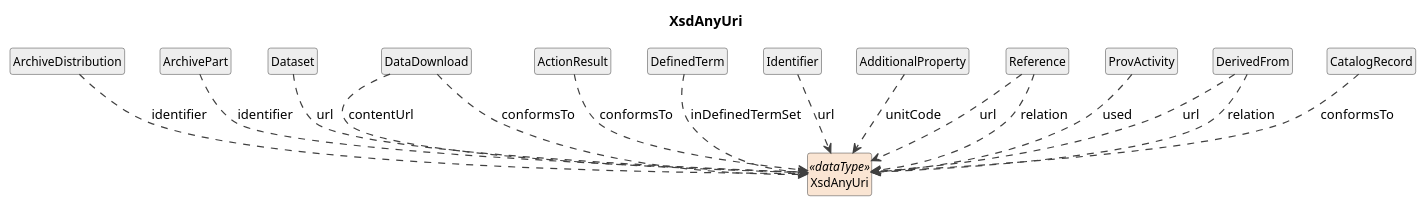
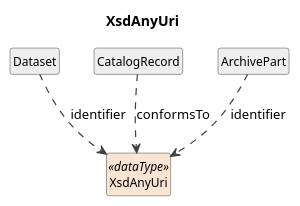
Before and after one commit to Cross-Domain-Interoperability-Framework/metadataBuildingBlocks: the diagram in cdif-uml-model/CDIFArchiveDistribution/DataTypes/XsdAnyUri.pu, drawn with PlantUML. The commit also changed 142 other files, not shown here.

First line of the commit message:
cdif-uml-model: regenerated CDIFArchiveDistribution (focused overview)

```diff
--- a/cdif-uml-model/CDIFArchiveDistribution/DataTypes/XsdAnyUri.pu
+++ b/cdif-uml-model/CDIFArchiveDistribution/DataTypes/XsdAnyUri.pu
@@ -1,42 +1,21 @@
 @startuml
 title XsdAnyUri
 hide circle
 hide empty members
 skinparam shadowing false
 skinparam ArrowThickness 1.2
 skinparam class {
   ArrowColor #404040
   BorderColor #404040
   FontSize 12
 }
 
 class "XsdAnyUri" as XsdAnyUri <<dataType>> #FAE5D3
-class "ArchiveDistribution" as ArchiveDistribution #EEEEEE
-ArchiveDistribution ..> XsdAnyUri : identifier
+class "Dataset" as Dataset #EEEEEE
+Dataset ..> XsdAnyUri : identifier
+class "CatalogRecord" as CatalogRecord #EEEEEE
+CatalogRecord ..> XsdAnyUri : conformsTo
 class "ArchivePart" as ArchivePart #EEEEEE
 ArchivePart ..> XsdAnyUri : identifier
-class "Dataset" as Dataset #EEEEEE
-Dataset ..> XsdAnyUri : url
-class "DataDownload" as DataDownload #EEEEEE
-DataDownload ..> XsdAnyUri : contentUrl
-DataDownload ..> XsdAnyUri : conformsTo
-class "ActionResult" as ActionResult #EEEEEE
-ActionResult ..> XsdAnyUri : conformsTo
-class "DefinedTerm" as DefinedTerm #EEEEEE
-DefinedTerm ..> XsdAnyUri : inDefinedTermSet
-class "Identifier" as Identifier #EEEEEE
-Identifier ..> XsdAnyUri : url
-class "AdditionalProperty" as AdditionalProperty #EEEEEE
-AdditionalProperty ..> XsdAnyUri : unitCode
-class "Reference" as Reference #EEEEEE
-Reference ..> XsdAnyUri : url
-Reference ..> XsdAnyUri : relation
-class "ProvActivity" as ProvActivity #EEEEEE
-ProvActivity ..> XsdAnyUri : used
-class "DerivedFrom" as DerivedFrom #EEEEEE
-DerivedFrom ..> XsdAnyUri : url
-DerivedFrom ..> XsdAnyUri : relation
-class "CatalogRecord" as CatalogRecord #EEEEEE
-CatalogRecord ..> XsdAnyUri : conformsTo
 
 @enduml
```
